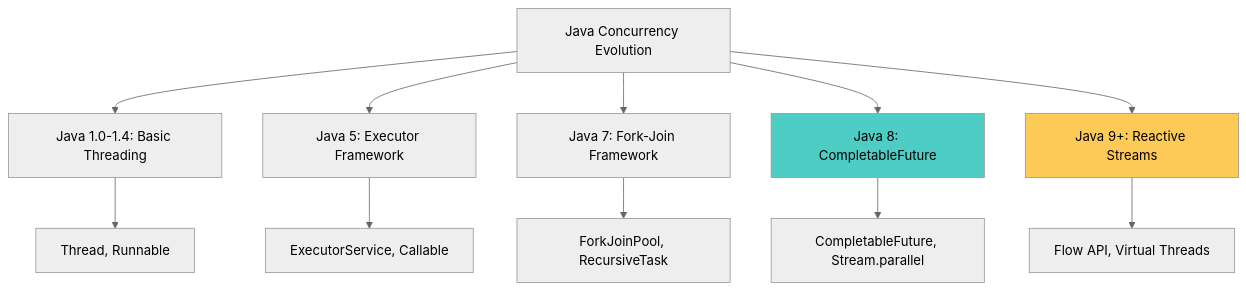
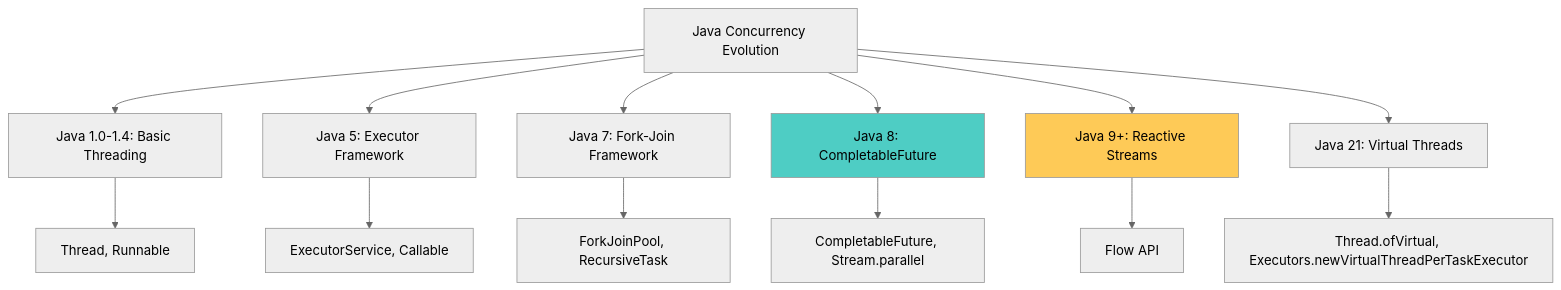
Before and after one commit to yennanliu/yennj12_blog_V4: the fourth of 4 diagrams in content/posts/java-concurrency-threading-runnable-callable-guide.md, drawn with Mermaid (neutral theme). The commit also changed 302 other files, not shown here.

````diff
--- a/content/posts/java-concurrency-threading-runnable-callable-guide.md
+++ b/content/posts/java-concurrency-threading-runnable-callable-guide.md
@@ -1603,17 +1603,19 @@
 ```mermaid
 graph TD
     A[Java Concurrency Evolution] --> B[Java 1.0-1.4: Basic Threading]
     A --> C[Java 5: Executor Framework]
     A --> D[Java 7: Fork-Join Framework]
     A --> E[Java 8: CompletableFuture]
     A --> F[Java 9+: Reactive Streams]
+    A --> L[Java 21: Virtual Threads]
 
     B --> G[Thread, Runnable]
     C --> H[ExecutorService, Callable]
     D --> I[ForkJoinPool, RecursiveTask]
     E --> J[CompletableFuture, Stream.parallel]
-    F --> K[Flow API, Virtual Threads]
+    F --> K[Flow API]
+    L --> M[Thread.ofVirtual, Executors.newVirtualThreadPerTaskExecutor]
 
     style E fill:#4ecdc4
     style F fill:#feca57
 ```
````
